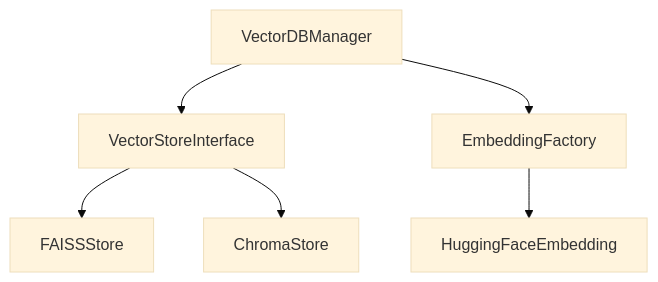
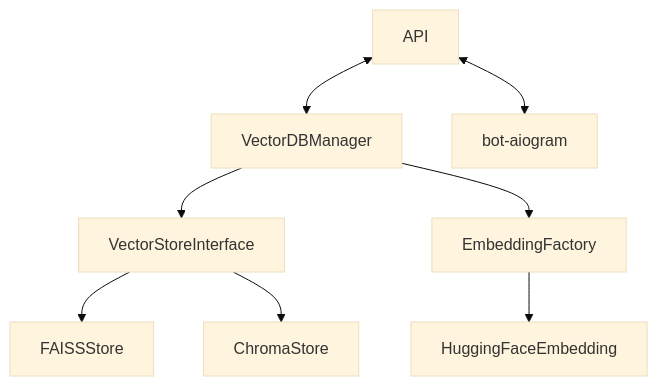
The diagram in README.md (GregRublik/vector_db_service), drawn with Mermaid (base theme) before and after one commit. The commit also changed 11 other files, not shown here.

````diff
--- a/README.md
+++ b/README.md
@@ -5,9 +5,13 @@
 ```mermaid
 graph TD
     B[VectorDBManager]
     B --> C[VectorStoreInterface]
     C --> D[FAISSStore]
     C --> E[ChromaStore]
     B --> F[EmbeddingFactory]
     F --> G[HuggingFaceEmbedding]
+    
+    a[API] <--> B
+    
+    a <--> b[bot-aiogram]
 ```
````
